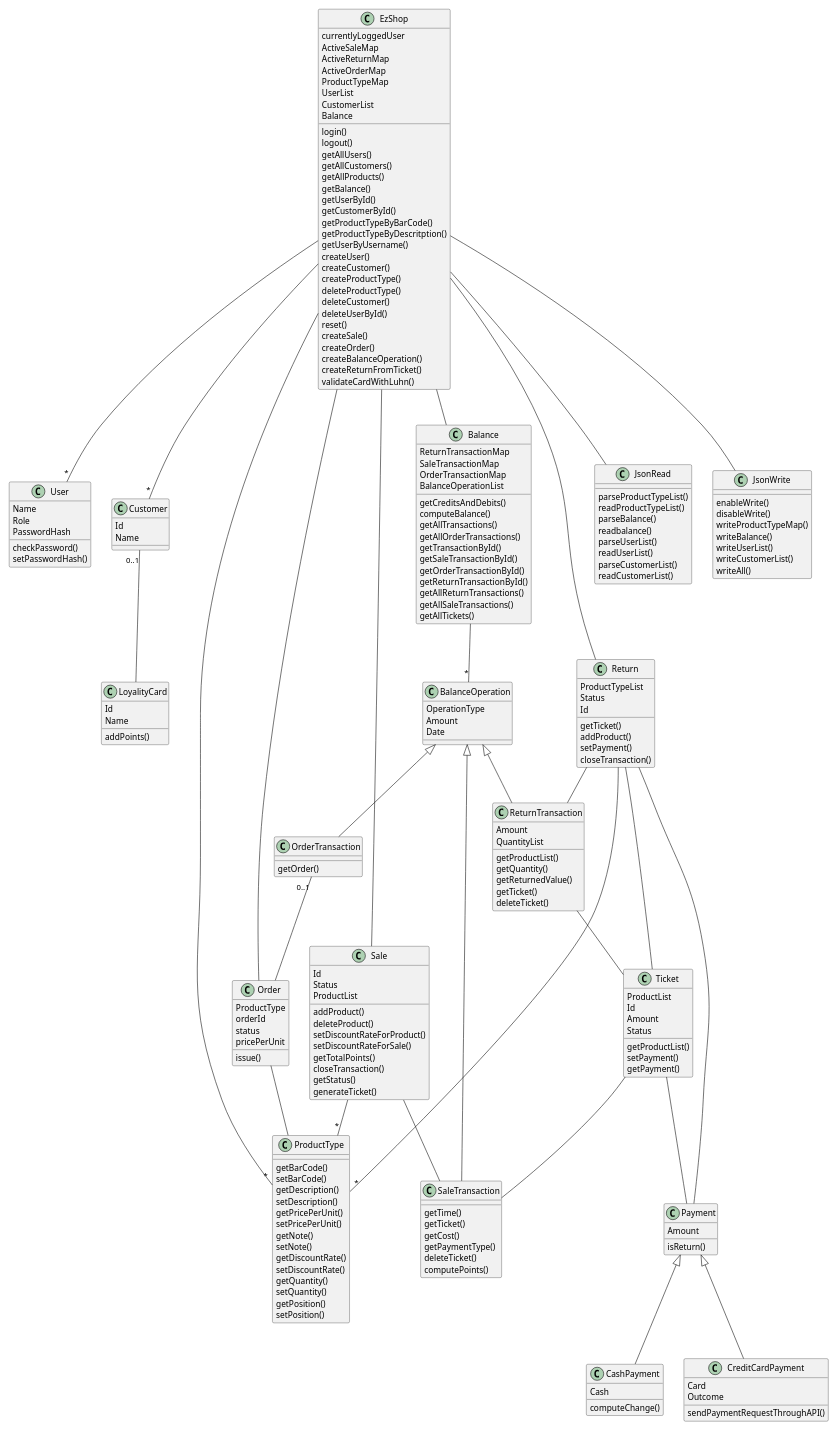
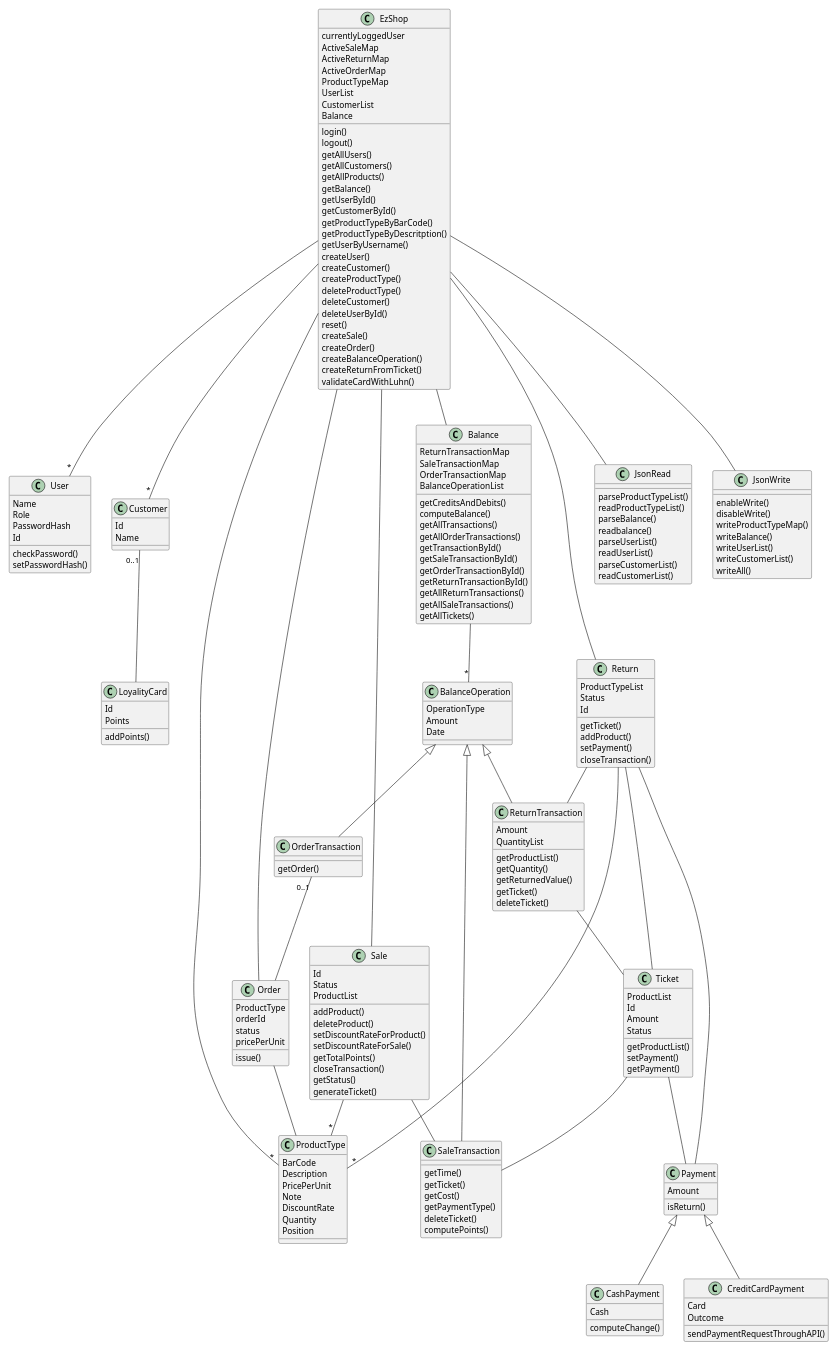
The second of 15 diagrams in Deliverables/DesignDocument.md (paolotron/EzshoProject31), drawn with PlantUML before and after one commit. The commit also changed other lines of this file, not shown here.

```diff
--- a/Deliverables/DesignDocument.md
+++ b/Deliverables/DesignDocument.md
@@ -86,6 +86,7 @@
     Name
     Role
     PasswordHash
+    Id
     checkPassword()
     setPasswordHash()
 }
@@ -95,24 +96,17 @@
 }
 class LoyalityCard{
     Id
-    Name
+    Points
     addPoints()
 }
 class ProductType{
-    getBarCode()
-    setBarCode()
-    getDescription()
-    setDescription()
-    getPricePerUnit()
-    setPricePerUnit()
-    getNote()
-    setNote()
-    getDiscountRate()
-    setDiscountRate()
-    getQuantity()
-    setQuantity()
-    getPosition()
-    setPosition()
+    BarCode
+    Description
+    PricePerUnit
+    Note
+    DiscountRate
+    Quantity
+    Position
 }
 class Order{
     ProductType
```
